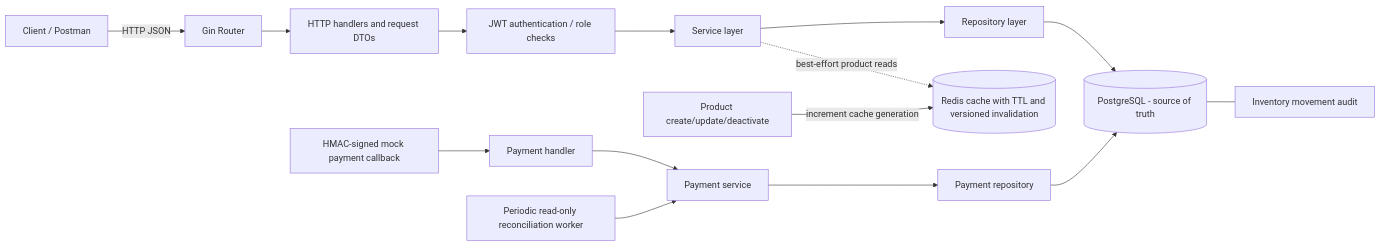
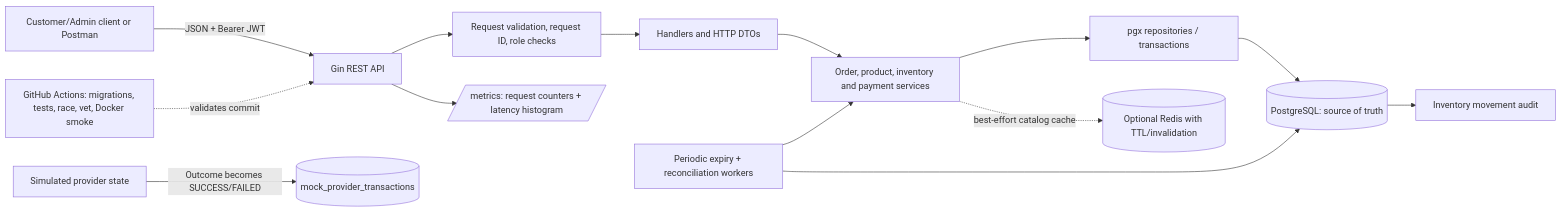
One commit to manmohansharma21/orderflow changed the diagram in docs/diagrams/HLD.mmd. Above: the diagram before and after it, drawn with Mermaid. The commit also changed 39 other files, not shown here.

Commit message:
feat: complete provider recovery and HTTP observability

```diff
--- a/docs/diagrams/HLD.mmd
+++ b/docs/diagrams/HLD.mmd
@@ -1,15 +1,14 @@
 flowchart LR
-    U[Client / Postman] -->|HTTP JSON| R[Gin Router]
-    R --> H[HTTP handlers and request DTOs]
-    H --> A[JWT authentication / role checks]
-    A --> S[Service layer]
-    S --> P[Repository layer]
-    P --> DB[(PostgreSQL - source of truth)]
-    S -. best-effort product reads .-> C[(Redis cache with TTL and versioned invalidation)]
-    M[Product create/update/deactivate] -->|increment cache generation| C
-    WH[HMAC-signed mock payment callback] --> PH[Payment handler]
-    PH --> PS[Payment service]
-    PS --> PR[Payment repository]
-    PR --> DB
-    W[Periodic read-only reconciliation worker] --> PS
-    DB --- IM[Inventory movement audit]
+    Client[Customer/Admin client or Postman] -->|JSON + Bearer JWT| Gin[Gin REST API]
+    MockProvider[Simulated provider state] -->|Outcome becomes SUCCESS/FAILED| ProviderLedger[(mock_provider_transactions)]
+    Gin --> Middleware[Request validation, request ID, role checks]
+    Middleware --> Handlers[Handlers and HTTP DTOs]
+    Handlers --> Services[Order, product, inventory and payment services]
+    Services --> Repositories[pgx repositories / transactions]
+    Repositories --> DB[(PostgreSQL: source of truth)]
+    DB --> Audit[Inventory movement audit]
+    Services -. best-effort catalog cache .-> Redis[(Optional Redis with TTL/invalidation)]
+    Worker[Periodic expiry + reconciliation workers] --> Services
+    Worker --> DB
+    Gin --> Metrics[/metrics: request counters + latency histogram/]
+    CI[GitHub Actions: migrations, tests, race, vet, Docker smoke] -. validates commit .-> Gin
```
